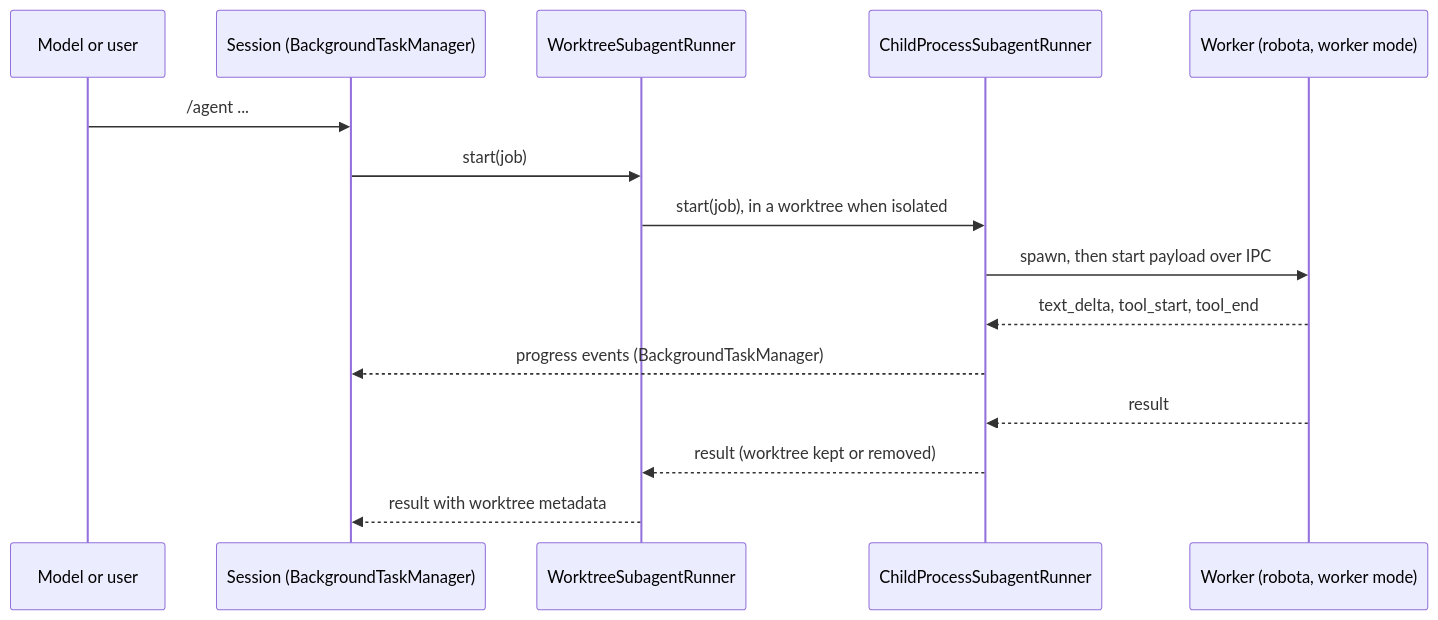
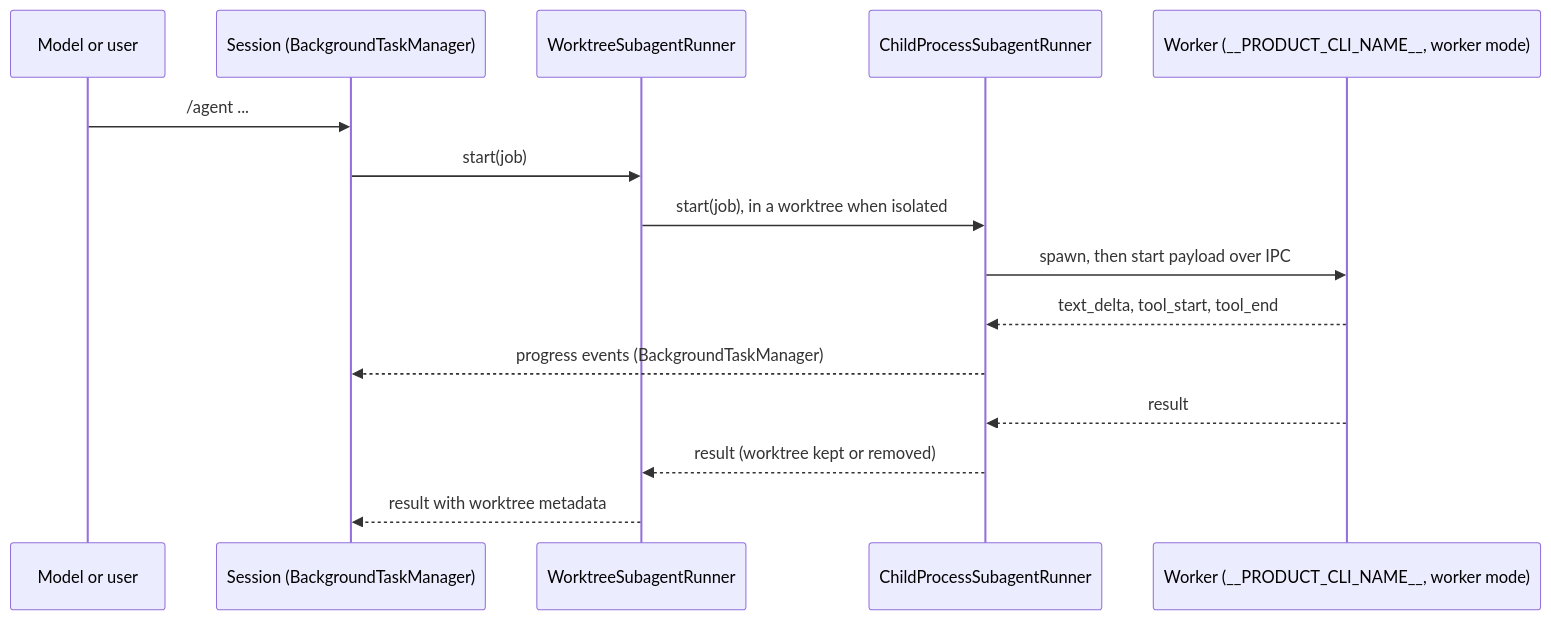
One commit to woojubb/robota changed the second of 2 diagrams in packages/agent-cli/docs/design/subagent-wiring.md. Above: the diagram before and after it, drawn with Mermaid. The commit also changed other lines of this file and 2401 other files, not shown here.

````diff
--- a/packages/agent-cli/docs/design/subagent-wiring.md
+++ b/packages/agent-cli/docs/design/subagent-wiring.md
@@ -139,17 +139,17 @@
 ```mermaid
 sequenceDiagram
     participant M as Model or user
     participant S as Session (BackgroundTaskManager)
     participant W as WorktreeSubagentRunner
     participant R as ChildProcessSubagentRunner
-    participant C as Worker (robota, worker mode)
+    participant C as Worker (__PRODUCT_CLI_NAME__, worker mode)
     M->>S: /agent ...
     S->>W: start(job)
     W->>R: start(job), in a worktree when isolated
     R->>C: spawn, then start payload over IPC
     C-->>R: text_delta, tool_start, tool_end
     R-->>S: progress events (BackgroundTaskManager)
     C-->>R: result
     R-->>W: result (worktree kept or removed)
     W-->>S: result with worktree metadata
 ```
````
